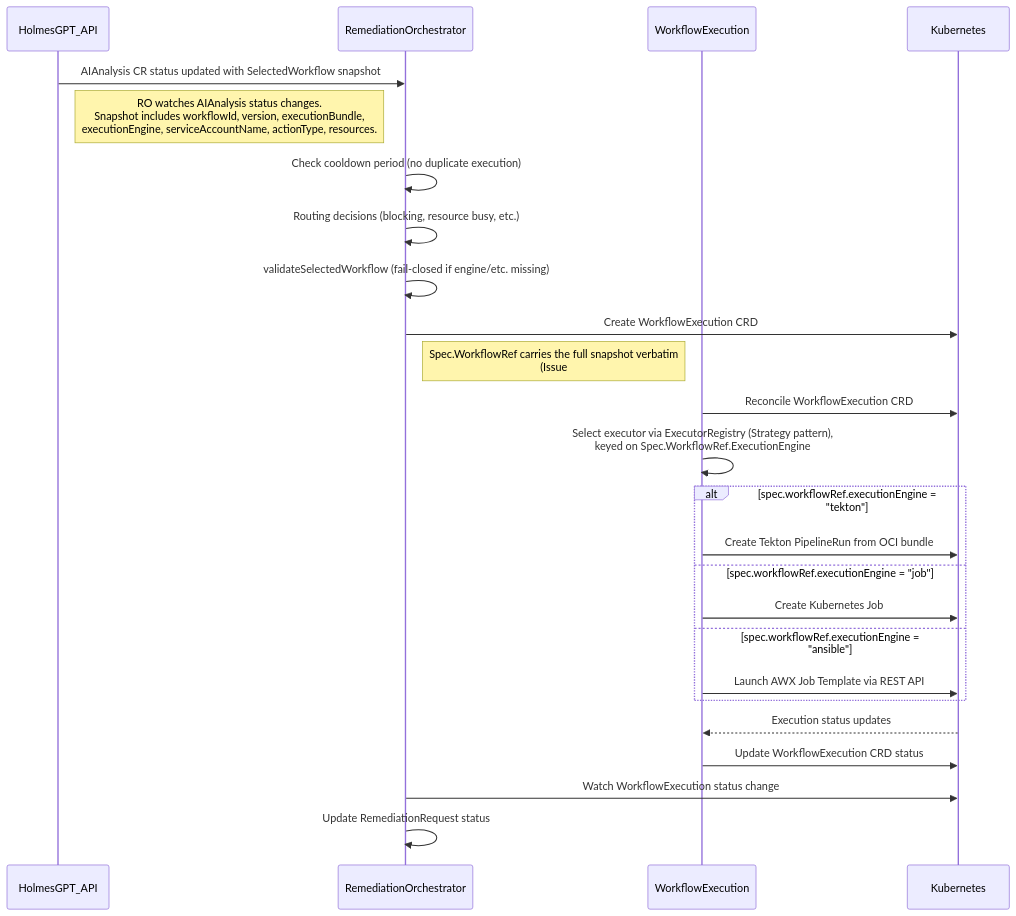
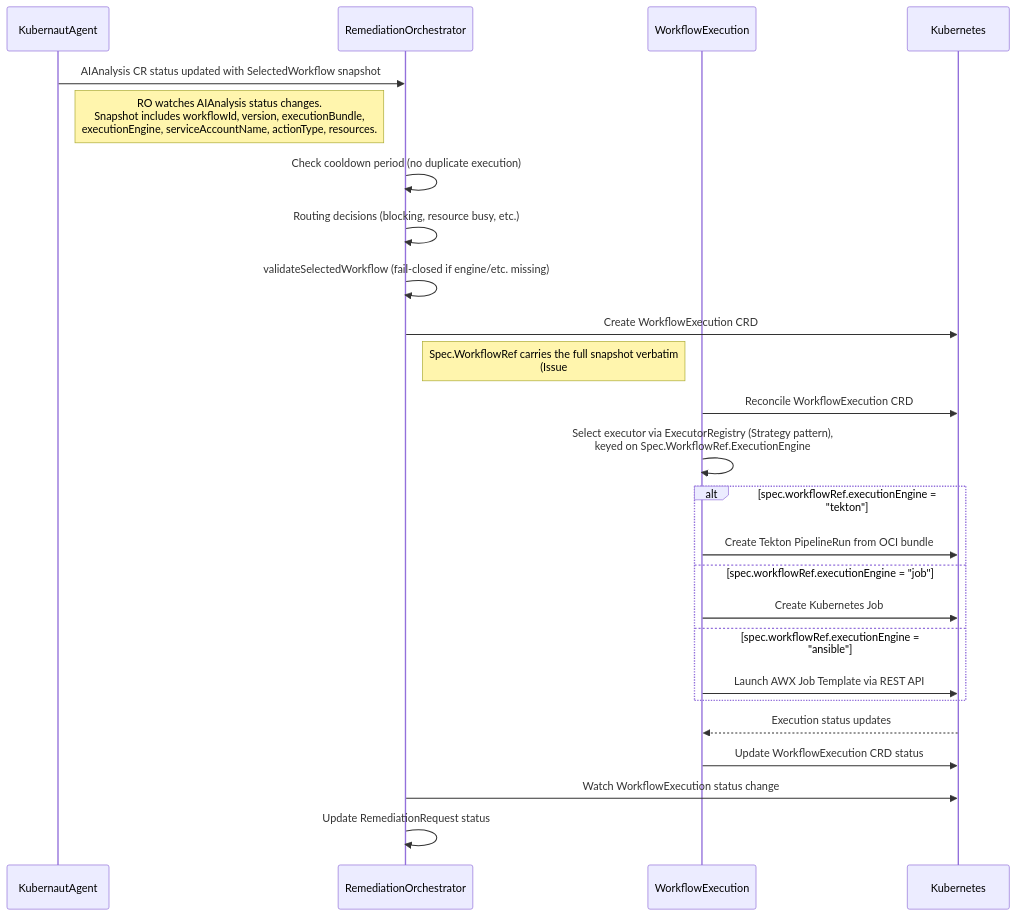
Before and after one commit to jordigilh/kubernaut: the fourth of 10 diagrams in docs/architecture/decisions/DD-WORKFLOW-017-workflow-lifecycle-component-interactions.md, drawn with Mermaid. The commit also changed other lines of this file and 19 other files, not shown here.

````diff
--- a/docs/architecture/decisions/DD-WORKFLOW-017-workflow-lifecycle-component-interactions.md
+++ b/docs/architecture/decisions/DD-WORKFLOW-017-workflow-lifecycle-component-interactions.md
@@ -426,33 +426,33 @@
 ```mermaid
 sequenceDiagram
-    participant HAPI as HolmesGPT_API
+    participant KA as KubernautAgent
     participant RO as RemediationOrchestrator
     participant WE as WorkflowExecution
     participant K8s as Kubernetes
 
-    HAPI->>RO: AIAnalysis CR status updated with SelectedWorkflow snapshot
-    Note right of HAPI: RO watches AIAnalysis status changes.<br/>Snapshot includes workflowId, version, executionBundle,<br/>executionEngine, serviceAccountName, actionType, resources.
+    KA->>RO: AIAnalysis CR status updated with SelectedWorkflow snapshot
+    Note right of KA: RO watches AIAnalysis status changes.<br/>Snapshot includes workflowId, version, executionBundle,<br/>executionEngine, serviceAccountName, actionType, resources.
 
     RO->>RO: Check cooldown period (no duplicate execution)
     RO->>RO: Routing decisions (blocking, resource busy, etc.)
     RO->>RO: validateSelectedWorkflow (fail-closed if engine/etc. missing)
     RO->>K8s: Create WorkflowExecution CRD
     Note right of RO: Spec.WorkflowRef carries the full snapshot verbatim<br/>(Issue #1661 Changes 8/11f) — no WE-side resolution needed.
 
     WE->>K8s: Reconcile WorkflowExecution CRD
     WE->>WE: Select executor via ExecutorRegistry (Strategy pattern),<br/>keyed on Spec.WorkflowRef.ExecutionEngine
 
     alt spec.workflowRef.executionEngine = "tekton"
         WE->>K8s: Create Tekton PipelineRun from OCI bundle
     else spec.workflowRef.executionEngine = "job"
         WE->>K8s: Create Kubernetes Job
     else spec.workflowRef.executionEngine = "ansible"
         WE->>K8s: Launch AWX Job Template via REST API
     end
 
     K8s-->>WE: Execution status updates
     WE->>K8s: Update WorkflowExecution CRD status
 
     RO->>K8s: Watch WorkflowExecution status change
     RO->>RO: Update RemediationRequest status
 ```
````
